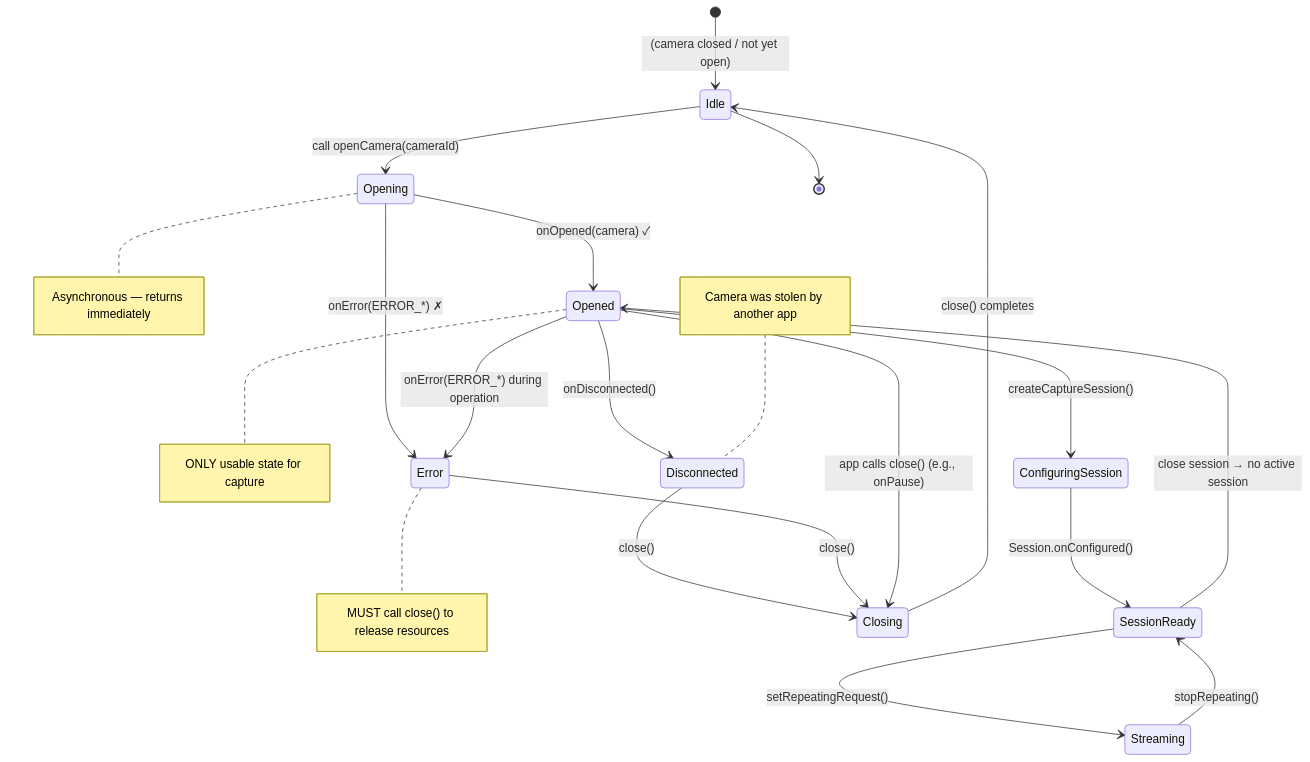
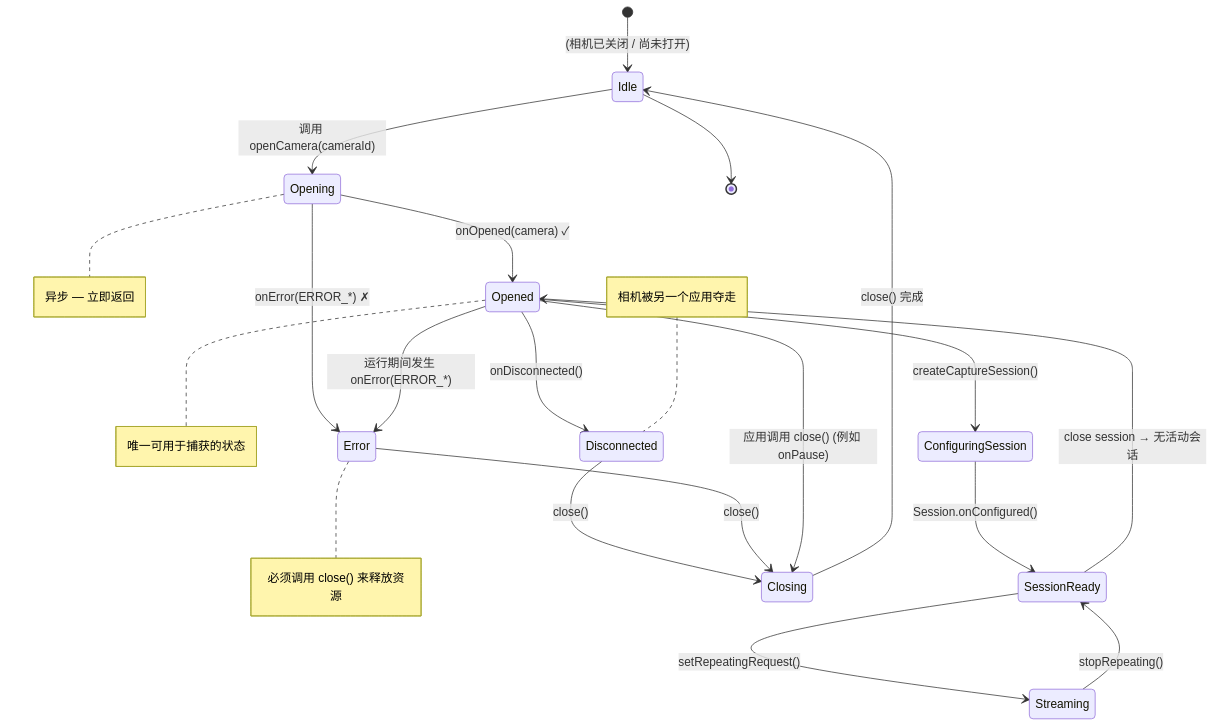
Before and after one commit to zoozooll/AndroidCameraParameters: the diagram in website/i18n/zh-Hans/docusaurus-plugin-content-docs/current/camera2/opening-a-camera.md, drawn with Mermaid. The commit also changed other lines of this file and 378 other files, not shown here.

````diff
--- a/website/i18n/zh-Hans/docusaurus-plugin-content-docs/current/camera2/opening-a-camera.md
+++ b/website/i18n/zh-Hans/docusaurus-plugin-content-docs/current/camera2/opening-a-camera.md
@@ -66,24 +66,24 @@
 ```mermaid
 stateDiagram-v2
-    [*] --> Idle : (camera closed / not yet open)
-    Idle --> Opening : call openCamera(cameraId)
+    [*] --> Idle : (相机已关闭 / 尚未打开)
+    Idle --> Opening : 调用 openCamera(cameraId)
     Opening --> Opened : onOpened(camera) ✓
     Opening --> Error : onError(ERROR_*) ✗
     Opened --> ConfiguringSession : createCaptureSession()
     ConfiguringSession --> SessionReady : Session.onConfigured()
     SessionReady --> Streaming : setRepeatingRequest()
     Streaming --> SessionReady : stopRepeating()
-    SessionReady --> Opened : close session → no active session
+    SessionReady --> Opened : close session → 无活动会话
     Opened --> Disconnected : onDisconnected()
-    Opened --> Error : onError(ERROR_*) during operation
+    Opened --> Error : 运行期间发生 onError(ERROR_*)
     Disconnected --> Closing : close()
     Error --> Closing : close()
-    Opened --> Closing : app calls close() (e.g., onPause)
-    Closing --> Idle : close() completes
+    Opened --> Closing : 应用调用 close() (例如 onPause)
+    Closing --> Idle : close() 完成
     Idle --> [*]
 
-    note right of Opening : Asynchronous — returns immediately
-    note right of Opened : ONLY usable state for capture
-    note right of Error : MUST call close() to release resources
-    note left of Disconnected : Camera was stolen by another app
+    note right of Opening : 异步 — 立即返回
+    note right of Opened : 唯一可用于捕获的状态
+    note right of Error : 必须调用 close() 来释放资源
+    note left of Disconnected : 相机被另一个应用夺走
 ```
````
